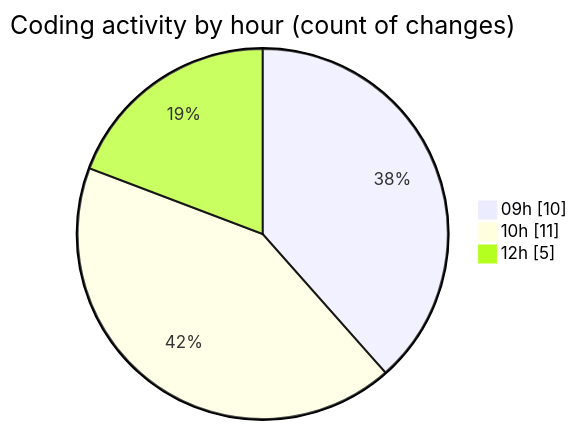
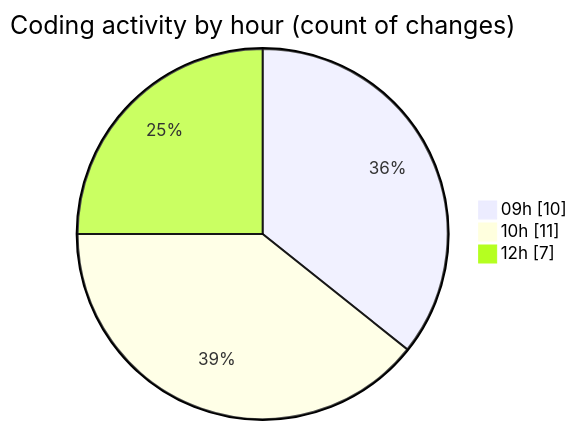
The second of 2 diagrams in 2025-09-12/cda/README.md (momahboobian/code-tracking), drawn with Mermaid before and after one commit. The commit also changed other lines of this file and 1 other file, not shown here.

````diff
--- a/2025-09-12/cda/README.md
+++ b/2025-09-12/cda/README.md
@@ -37,7 +39,7 @@
 ```mermaid
 pie showData
 title Coding activity by hour (count of changes)
 "09h" : 10
 "10h" : 11
-"12h" : 5
+"12h" : 7
 ```
````
